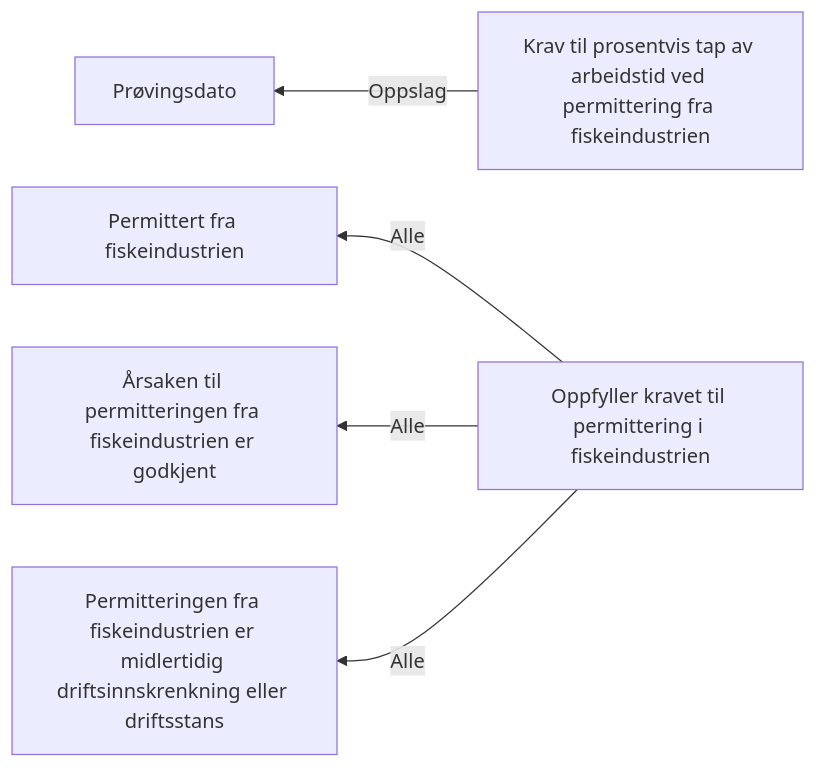
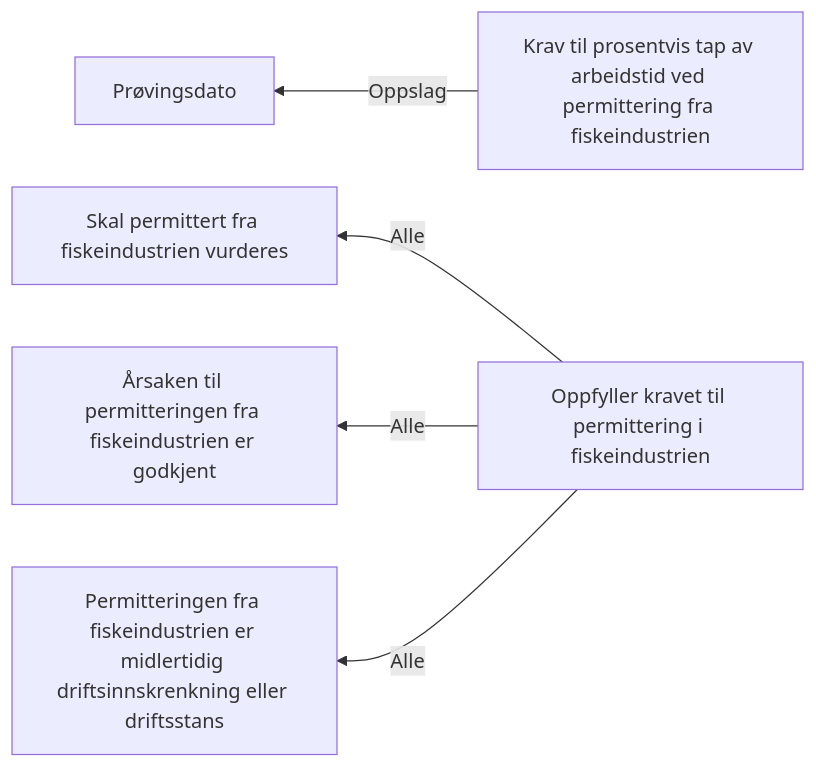
One commit to navikt/dp-behandling changed the diagram in docs/regler/§ 4-7 Permittering Fiskeindustrien.approved.md. Above: the diagram before and after it, drawn with Mermaid. The commit also changed 44 other files, not shown here.

````diff
--- a/docs/regler/§ 4-7 Permittering Fiskeindustrien.approved.md
+++ b/docs/regler/§ 4-7 Permittering Fiskeindustrien.approved.md
@@ -5,7 +5,7 @@
 ```mermaid
 graph RL
   A["Krav til prosentvis tap av arbeidstid ved permittering fra fiskeindustrien"] -->|"Oppslag"| B["Prøvingsdato"]
-  C["Oppfyller kravet til permittering i fiskeindustrien"] -->|"Alle"| D["Permittert fra fiskeindustrien"]
+  C["Oppfyller kravet til permittering i fiskeindustrien"] -->|"Alle"| D["Skal permittert fra fiskeindustrien vurderes"]
   C["Oppfyller kravet til permittering i fiskeindustrien"] -->|"Alle"| E["Årsaken til permitteringen fra fiskeindustrien er godkjent"]
   C["Oppfyller kravet til permittering i fiskeindustrien"] -->|"Alle"| F["Permitteringen fra fiskeindustrien er midlertidig driftsinnskrenkning eller driftsstans"]
 ```
````
